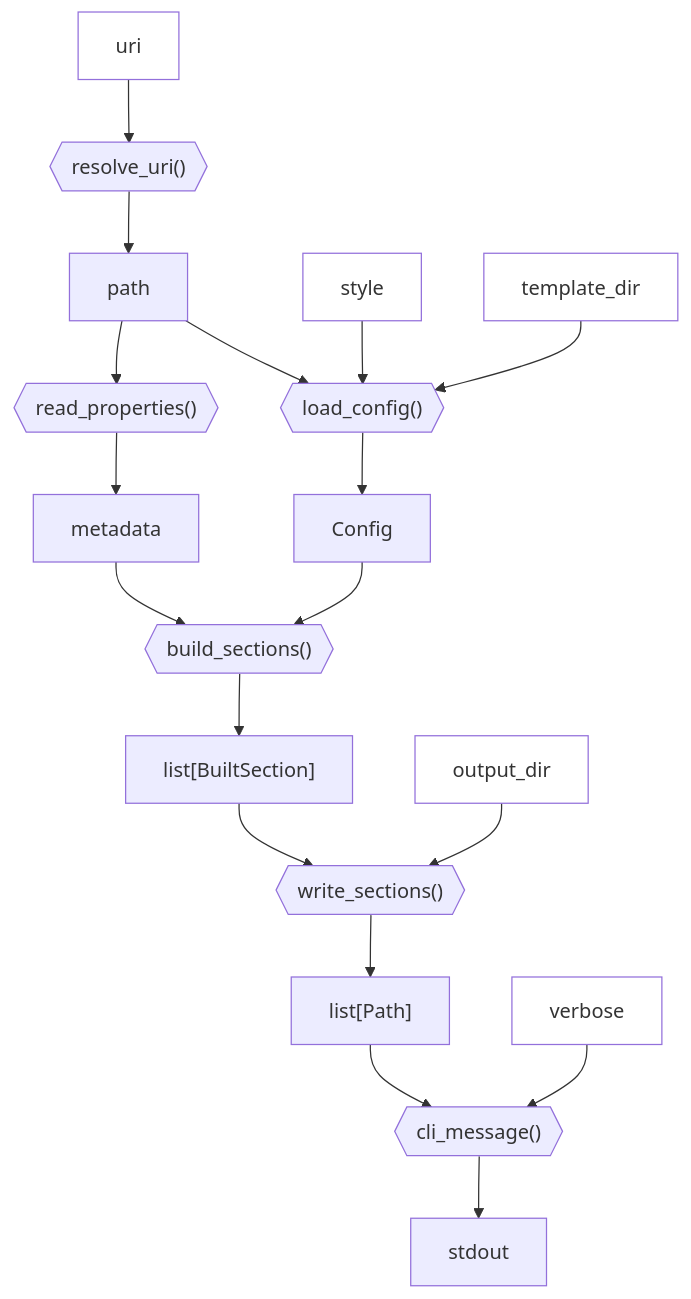
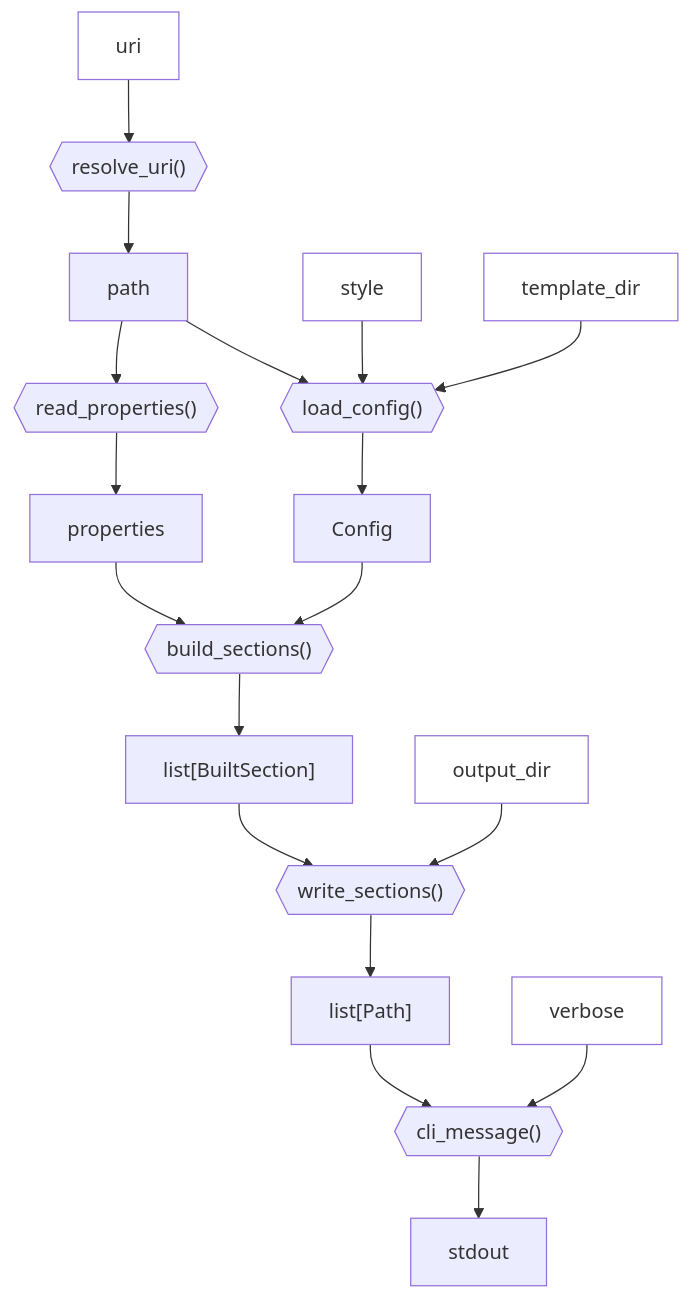
The first of 2 diagrams in docs/design/interface/python.qmd (seedcase-project/seedcase-flower), drawn with Mermaid before and after one commit. The commit also changed other lines of this file and 2 other files, not shown here.

Commit message:
docs: :building_construction: don't rely on Sprout for reading properties

````diff
--- a/docs/design/interface/python.qmd
+++ b/docs/design/interface/python.qmd
@@ -81,18 +87,18 @@
 ```{mermaid}
 %%| label: fig-python-build-flow
 %%| fig-cap: "Diagram of the internal flow of functions and objects in the `build()` CLI function."
 flowchart TD
     uri:::input --> resolve_uri{{"resolve_uri()"}} --> path
     path --> load_config{{"load_config()"}} --> Config
     style_cfg[style]:::input --> load_config
     template_dir_cfg[template_dir]:::input --> load_config
-    path --> read_properties{{"read_properties()"}} --> metadata
-    metadata & Config --> build_sections{{"build_sections()"}} --> output["list[BuiltSection]"]
+    path --> read_properties{{"read_properties()"}} --> properties
+    properties & Config --> build_sections{{"build_sections()"}} --> output["list[BuiltSection]"]
     output --> write_sections{{"write_sections()"}}
     output_dir:::input --> write_sections
     write_sections --> files["list[Path]"]
     files --> cli_message{{"cli_message()"}} --> stdout
     verbose:::input --> cli_message
 
     classDef input fill:#FFF
 ```
````
